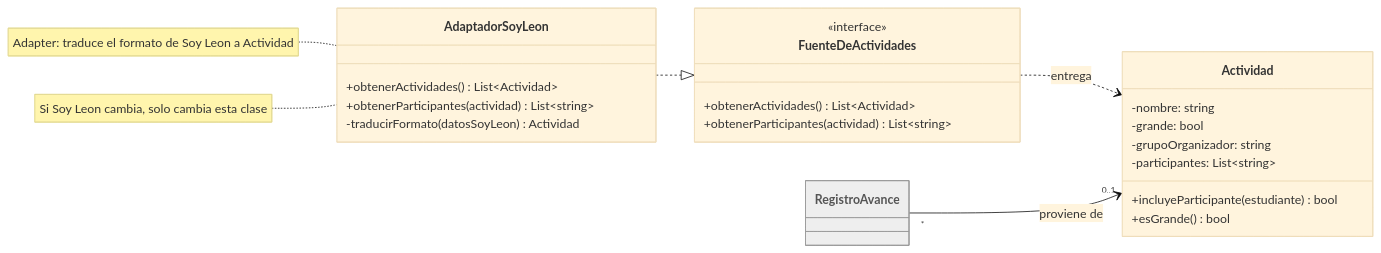
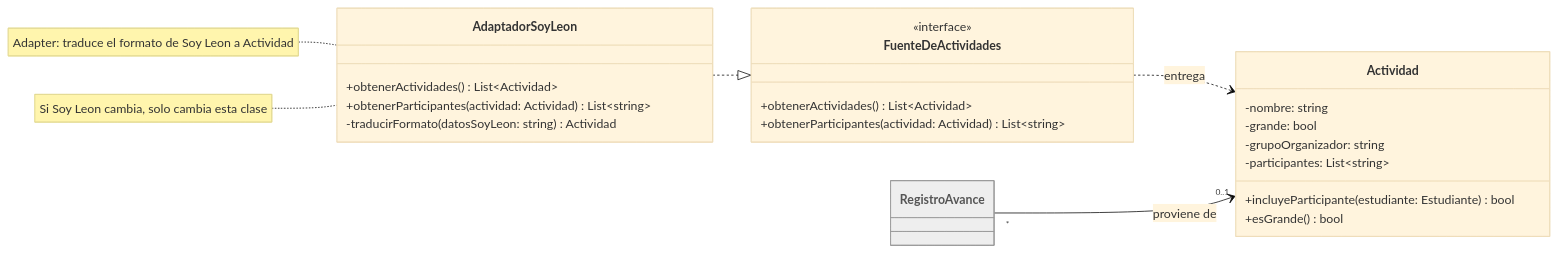
One commit to Victorflores06/PLEAS-Tracker- changed the sixth of 7 diagrams in docs/arch/diagrama-clases-por-partes.md. Above: the diagram before and after it, drawn with Mermaid (base theme). The commit also changed other lines of this file, not shown here.

First line of the commit message:
Update class diagram method signatures with types

````diff
--- a/docs/arch/diagrama-clases-por-partes.md
+++ b/docs/arch/diagrama-clases-por-partes.md
@@ -259,36 +259,36 @@
 ```mermaid
 classDiagram
 direction LR
-
+ 
 class FuenteDeActividades {
     <<interface>>
     +obtenerActividades() List~Actividad~
-    +obtenerParticipantes(actividad) List~string~
+    +obtenerParticipantes(actividad: Actividad) List~string~
 }
-
+ 
 class AdaptadorSoyLeon {
     +obtenerActividades() List~Actividad~
-    +obtenerParticipantes(actividad) List~string~
-    -traducirFormato(datosSoyLeon) Actividad
+    +obtenerParticipantes(actividad: Actividad) List~string~
+    -traducirFormato(datosSoyLeon: string) Actividad
 }
-
+ 
 class Actividad {
     -nombre: string
     -grande: bool
     -grupoOrganizador: string
     -participantes: List~string~
-    +incluyeParticipante(estudiante) bool
+    +incluyeParticipante(estudiante: Estudiante) bool
     +esGrande() bool
 }
-
+ 
 class RegistroAvance
-
+ 
 style RegistroAvance fill:#eeeeee,stroke:#999999,color:#555555
-
+ 
 AdaptadorSoyLeon ..|> FuenteDeActividades
 FuenteDeActividades ..> Actividad : entrega
 RegistroAvance "*" --> "0..1" Actividad : proviene de
-
+ 
 note for AdaptadorSoyLeon "Adapter: traduce el formato de Soy Leon a Actividad"
 note for AdaptadorSoyLeon "Si Soy Leon cambia, solo cambia esta clase"
 ```
````
